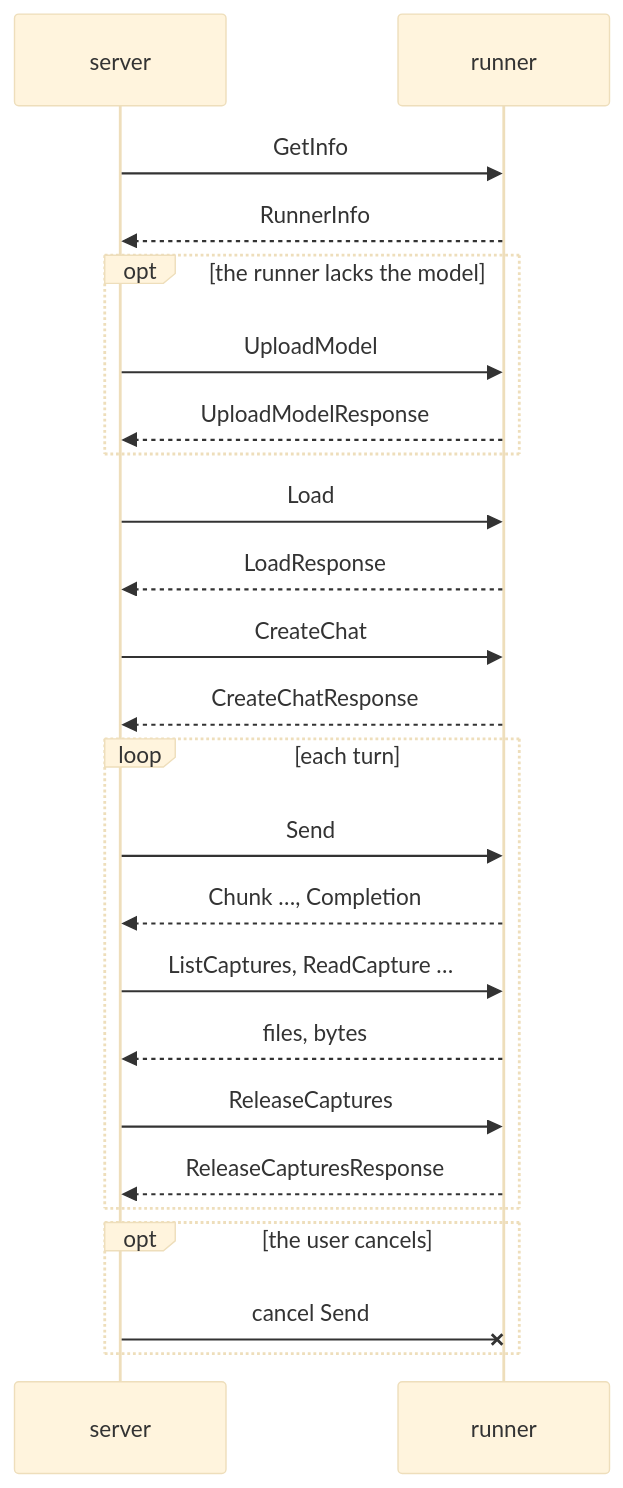
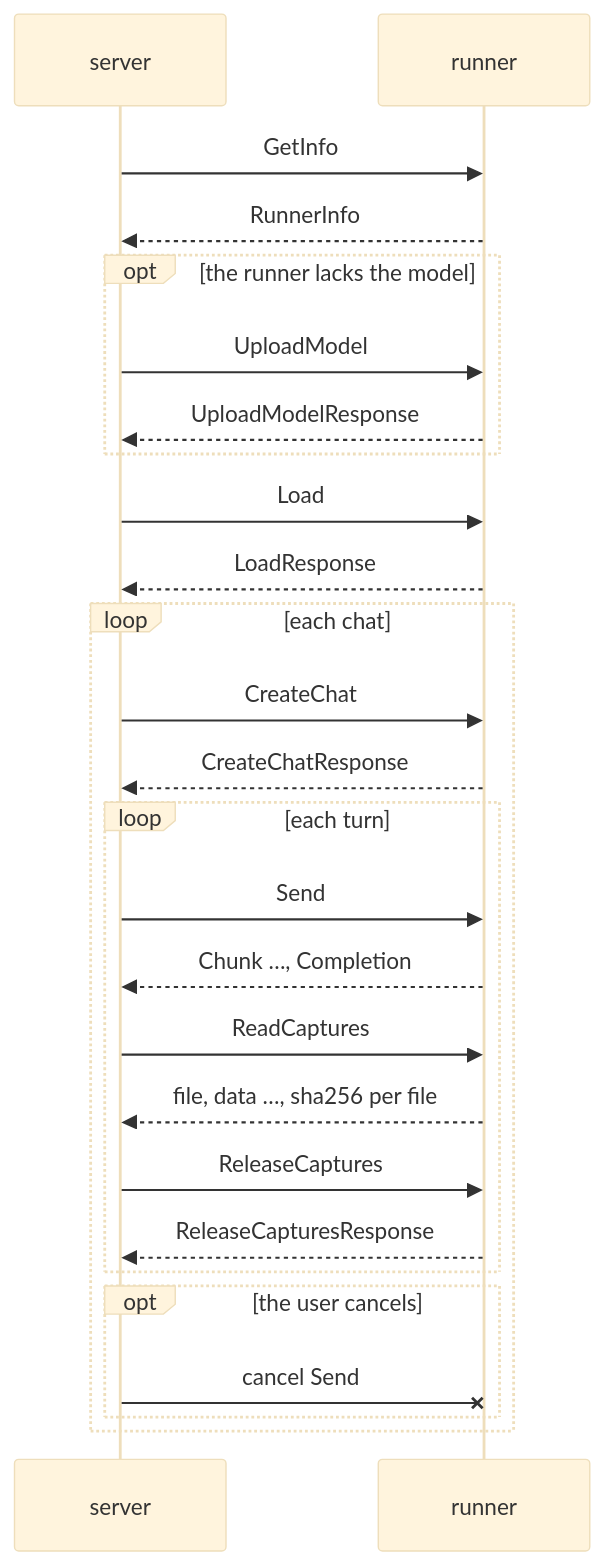
Before and after one commit to google-ai-edge/model-explorer: the diagram in debugger/src/protocol/README.md, drawn with Mermaid (base theme). The commit also changed other lines of this file and 735 other files, not shown here.

````diff
--- a/debugger/src/protocol/README.md
+++ b/debugger/src/protocol/README.md
@@ -47,26 +38,28 @@
 ```mermaid
 sequenceDiagram
   participant S as server
   participant R as runner
   S->>R: GetInfo
   R-->>S: RunnerInfo
   opt the runner lacks the model
     S->>R: UploadModel
     R-->>S: UploadModelResponse
   end
   S->>R: Load
   R-->>S: LoadResponse
-  S->>R: CreateChat
-  R-->>S: CreateChatResponse
-  loop each turn
-    S->>R: Send
-    R-->>S: Chunk …, Completion
-    S->>R: ListCaptures, ReadCapture …
-    R-->>S: files, bytes
-    S->>R: ReleaseCaptures
-    R-->>S: ReleaseCapturesResponse
-  end
-  opt the user cancels
-    S-xR: cancel Send
+  loop each chat
+    S->>R: CreateChat
+    R-->>S: CreateChatResponse
+    loop each turn
+      S->>R: Send
+      R-->>S: Chunk …, Completion
+      S->>R: ReadCaptures
+      R-->>S: file, data …, sha256 per file
+      S->>R: ReleaseCaptures
+      R-->>S: ReleaseCapturesResponse
+    end
+    opt the user cancels
+      S-xR: cancel Send
+    end
   end
 ```
````
